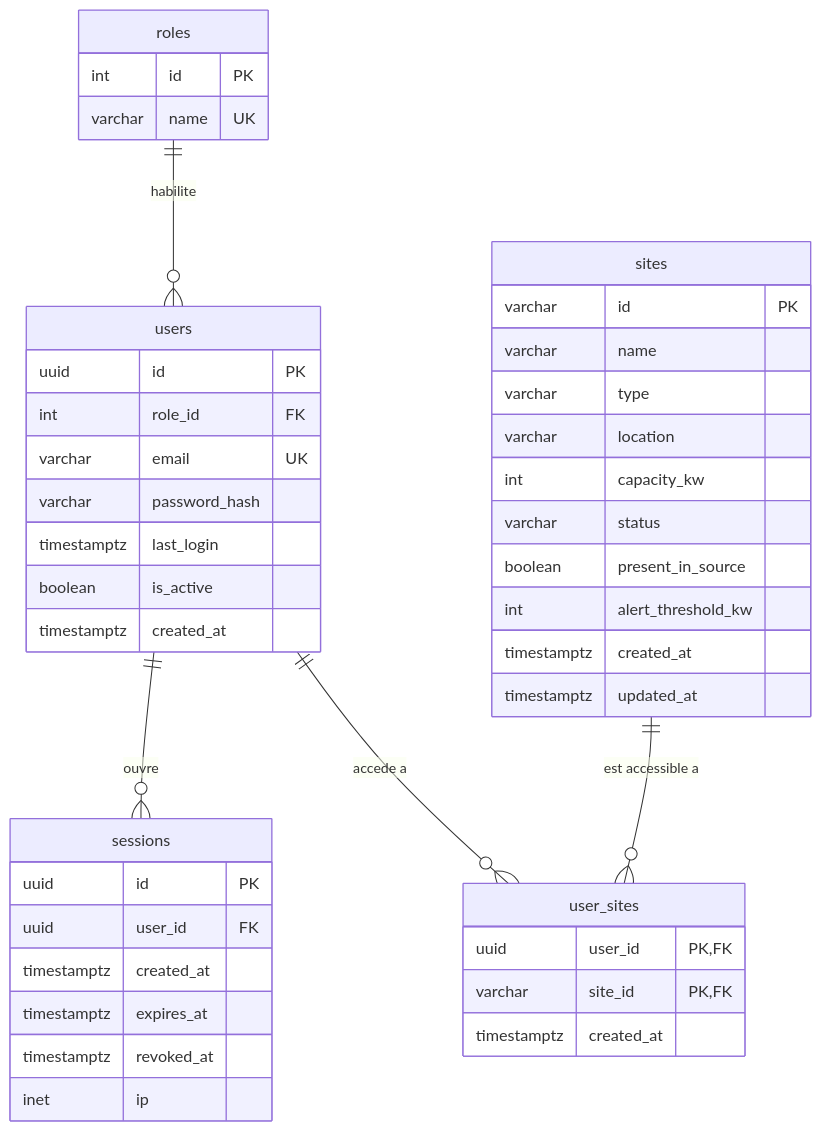
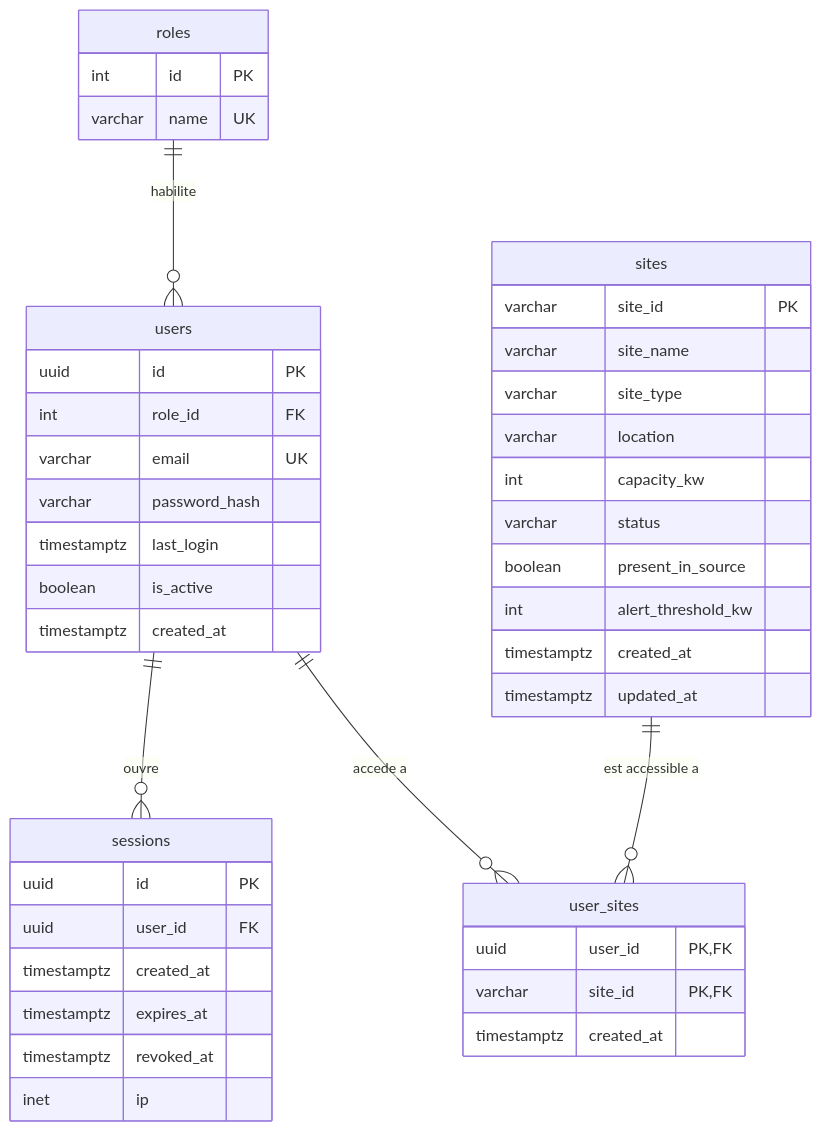
Before and after one commit to AlexRovere/smart-energy-optimizer: the diagram in docs/data.md, drawn with Mermaid. The commit also changed other lines of this file and 2 other files, not shown here.

````diff
--- a/docs/data.md
+++ b/docs/data.md
@@ -287,46 +306,46 @@
 ```mermaid
 erDiagram
     roles ||--o{ users : "habilite"
     users ||--o{ sessions : "ouvre"
     users ||--o{ user_sites : "accede a"
     sites ||--o{ user_sites : "est accessible a"
 
     roles {
         int id PK
         varchar name UK
     }
     users {
         uuid id PK
         int role_id FK
         varchar email UK
         varchar password_hash
         timestamptz last_login
         boolean is_active
         timestamptz created_at
     }
     sessions {
         uuid id PK
         uuid user_id FK
         timestamptz created_at
         timestamptz expires_at
         timestamptz revoked_at
         inet ip
     }
     sites {
-        varchar id PK
-        varchar name
-        varchar type
+        varchar site_id PK
+        varchar site_name
+        varchar site_type
         varchar location
         int capacity_kw
         varchar status
         boolean present_in_source
         int alert_threshold_kw
         timestamptz created_at
         timestamptz updated_at
     }
     user_sites {
         uuid user_id PK,FK
         varchar site_id PK,FK
         timestamptz created_at
     }
 ```
````
